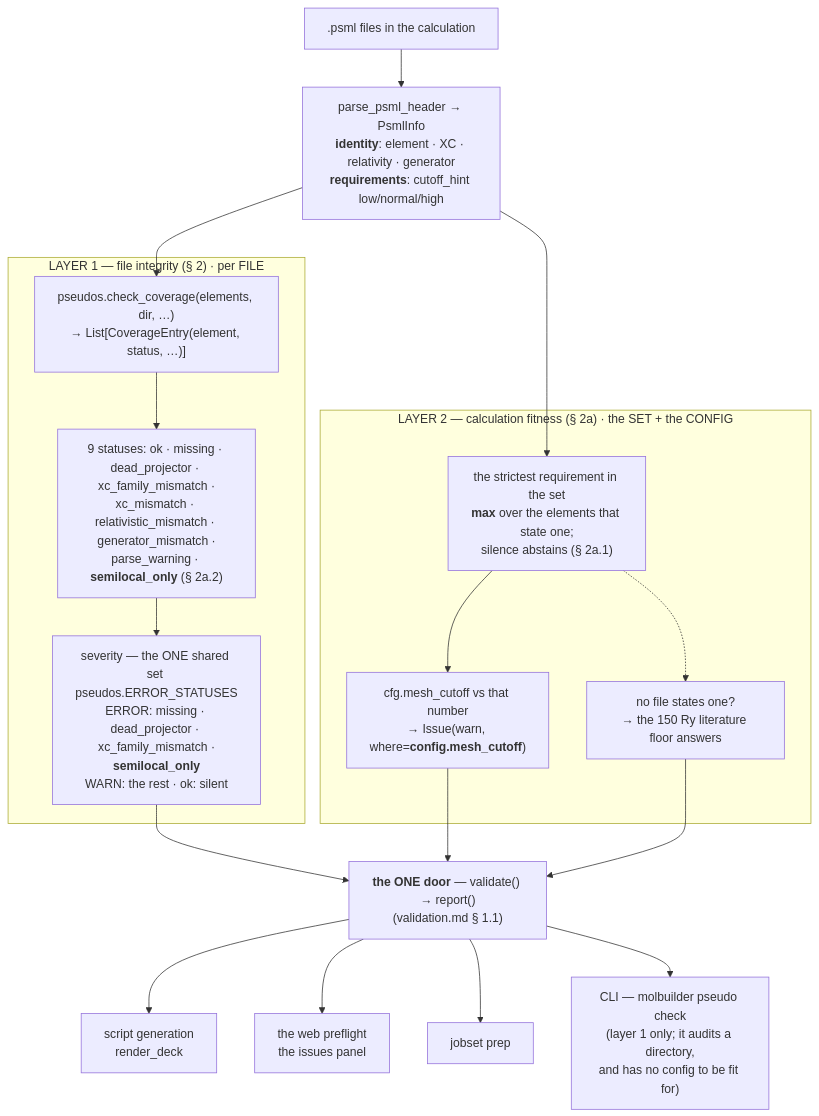
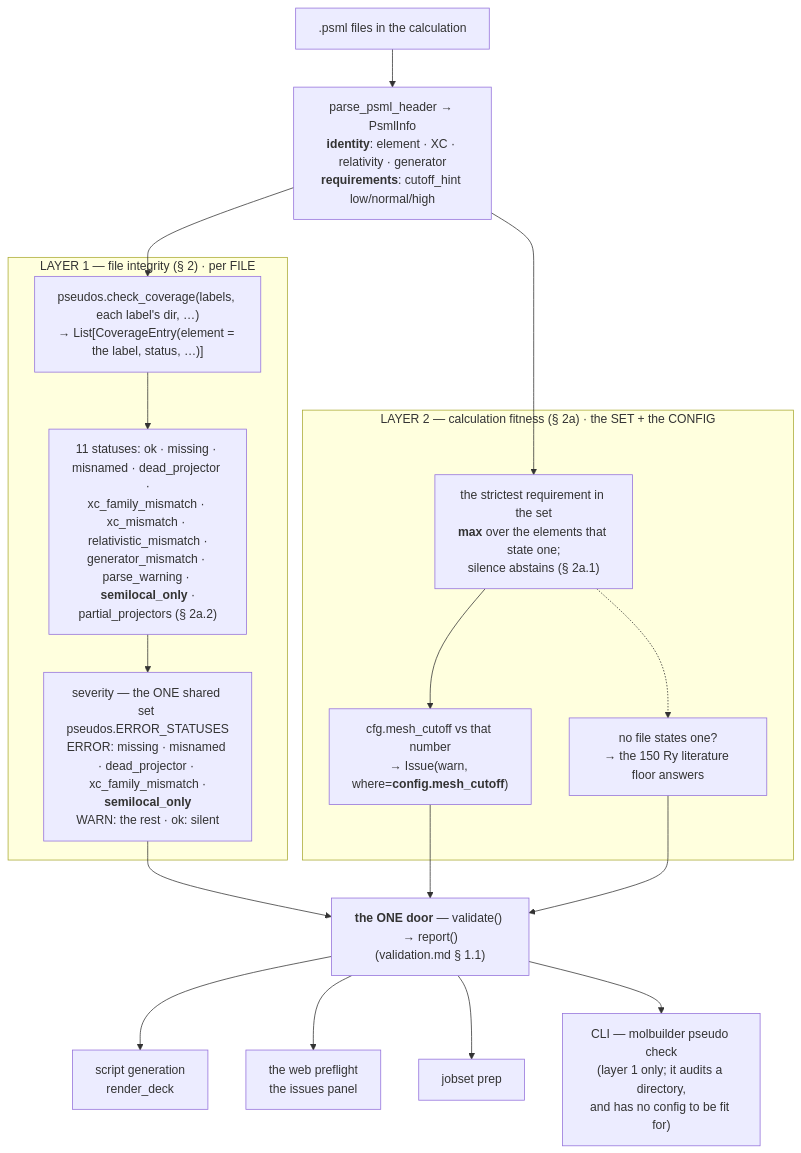
The diagram in docs/science/pseudopotentials.md (Qing-LAB/molbuilder), drawn with Mermaid before and after one commit. The commit also changed other lines of this file and 84 other files, not shown here.

First line of the commit message:
2.57.0: a species is a label and an element; a build says what it built (F0b)

````diff
--- a/docs/science/pseudopotentials.md
+++ b/docs/science/pseudopotentials.md
@@ -45,33 +45,33 @@
 ```mermaid
 flowchart TB
     F[".psml files in the calculation"]
     RD["parse_psml_header → PsmlInfo<br/><b>identity</b>: element · XC · relativity · generator<br/><b>requirements</b>: cutoff_hint low/normal/high"]
 
     subgraph L1["LAYER 1 — file integrity (§ 2) · per FILE"]
-      CC["pseudos.check_coverage(elements, dir, …)<br/>→ List[CoverageEntry(element, status, …)]"]
-      ST["9 statuses: ok · missing · dead_projector · xc_family_mismatch ·<br/>xc_mismatch · relativistic_mismatch · generator_mismatch ·<br/>parse_warning · <b>semilocal_only</b> (§ 2a.2)"]
-      SEV["severity — the ONE shared set pseudos.ERROR_STATUSES<br/>ERROR: missing · dead_projector · xc_family_mismatch ·<br/><b>semilocal_only</b><br/>WARN: the rest · ok: silent"]
+      CC["pseudos.check_coverage(labels, each label's dir, …)<br/>→ List[CoverageEntry(element = the label, status, …)]"]
+      ST["11 statuses: ok · missing · misnamed · dead_projector ·<br/>xc_family_mismatch · xc_mismatch · relativistic_mismatch ·<br/>generator_mismatch · parse_warning · <b>semilocal_only</b> ·<br/>partial_projectors (§ 2a.2)"]
+      SEV["severity — the ONE shared set pseudos.ERROR_STATUSES<br/>ERROR: missing · misnamed · dead_projector · xc_family_mismatch ·<br/><b>semilocal_only</b><br/>WARN: the rest · ok: silent"]
       CC --> ST --> SEV
     end
 
     subgraph L2["LAYER 2 — calculation fitness (§ 2a) · the SET + the CONFIG"]
       REQ["the strictest requirement in the set<br/><b>max</b> over the elements that state one;<br/>silence abstains (§ 2a.1)"]
       CMP["cfg.mesh_cutoff vs that number<br/>→ Issue(warn, where=<b>config.mesh_cutoff</b>)"]
       FLOOR["no file states one?<br/>→ the 150 Ry literature floor answers"]
       REQ --> CMP
       REQ -.-> FLOOR
     end
 
     F --> RD
     RD --> CC
     RD --> REQ
 
     SEV --> DOOR
     CMP --> DOOR
     FLOOR --> DOOR
     DOOR["<b>the ONE door</b> — validate() → report()<br/>(validation.md § 1.1)"]
     DOOR --> S1["script generation<br/>render_deck"]
     DOOR --> S2["the web preflight<br/>the issues panel"]
     DOOR --> S3["jobset prep"]
     DOOR --> S4["CLI — molbuilder pseudo check<br/>(layer 1 only; it audits a directory,<br/>and has no config to be fit for)"]
 ```
````
